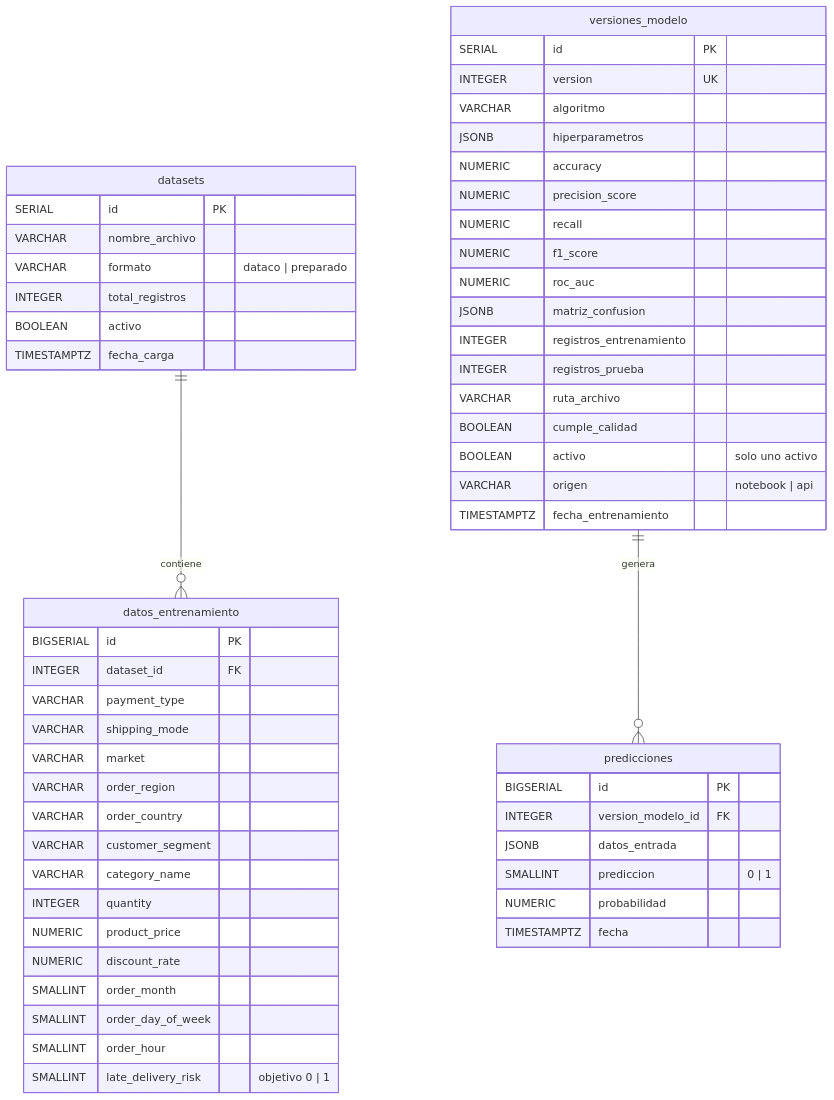
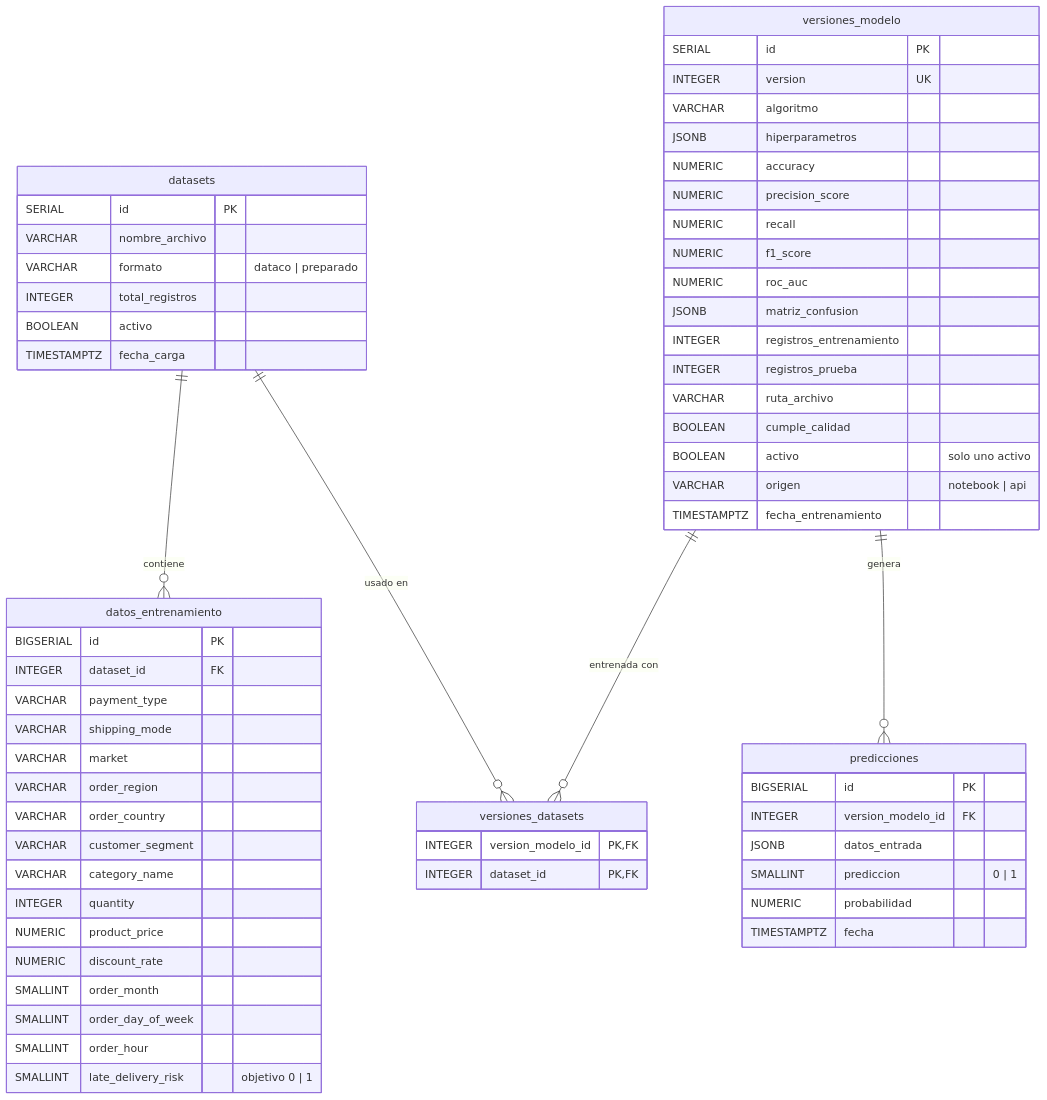
One commit to albertoamas/dataco-riesgo-entrega changed the diagram in database/README.md. Above: the diagram before and after it, drawn with Mermaid. The commit also changed other lines of this file and 18 other files, not shown here.

First line of the commit message:
Registrar con qué datasets se entrena cada versión del modelo

````diff
--- a/database/README.md
+++ b/database/README.md
@@ -9,62 +9,69 @@
 ```mermaid
 erDiagram
     datasets ||--o{ datos_entrenamiento : "contiene"
+    datasets ||--o{ versiones_datasets : "usado en"
+    versiones_modelo ||--o{ versiones_datasets : "entrenada con"
     versiones_modelo ||--o{ predicciones : "genera"
 
     datasets {
         SERIAL id PK
         VARCHAR nombre_archivo
         VARCHAR formato "dataco | preparado"
         INTEGER total_registros
         BOOLEAN activo
         TIMESTAMPTZ fecha_carga
     }
 
     datos_entrenamiento {
         BIGSERIAL id PK
         INTEGER dataset_id FK
         VARCHAR payment_type
         VARCHAR shipping_mode
         VARCHAR market
         VARCHAR order_region
         VARCHAR order_country
         VARCHAR customer_segment
         VARCHAR category_name
         INTEGER quantity
         NUMERIC product_price
         NUMERIC discount_rate
         SMALLINT order_month
         SMALLINT order_day_of_week
         SMALLINT order_hour
         SMALLINT late_delivery_risk "objetivo 0 | 1"
     }
 
     versiones_modelo {
         SERIAL id PK
         INTEGER version UK
         VARCHAR algoritmo
         JSONB hiperparametros
         NUMERIC accuracy
         NUMERIC precision_score
         NUMERIC recall
         NUMERIC f1_score
         NUMERIC roc_auc
         JSONB matriz_confusion
         INTEGER registros_entrenamiento
         INTEGER registros_prueba
         VARCHAR ruta_archivo
         BOOLEAN cumple_calidad
         BOOLEAN activo "solo uno activo"
         VARCHAR origen "notebook | api"
         TIMESTAMPTZ fecha_entrenamiento
     }
 
+    versiones_datasets {
+        INTEGER version_modelo_id PK, FK
+        INTEGER dataset_id PK, FK
+    }
+
     predicciones {
         BIGSERIAL id PK
         INTEGER version_modelo_id FK
         JSONB datos_entrada
         SMALLINT prediccion "0 | 1"
         NUMERIC probabilidad
         TIMESTAMPTZ fecha
     }
 ```
````
